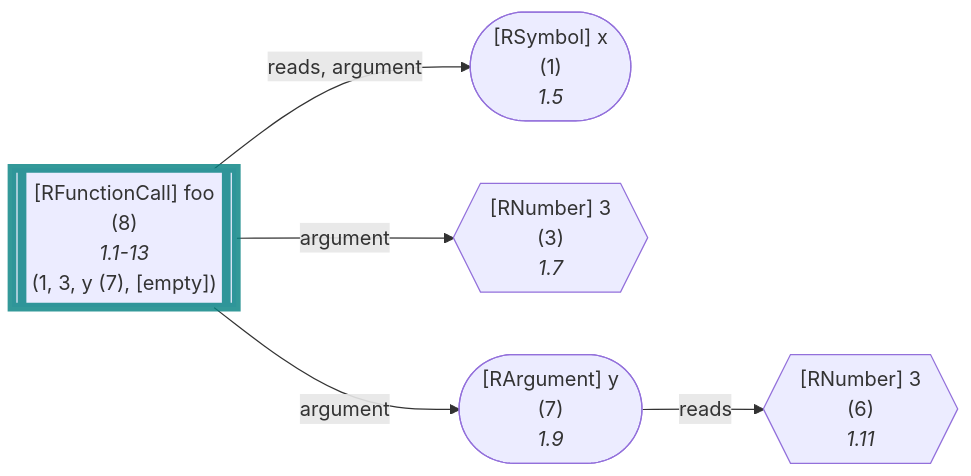
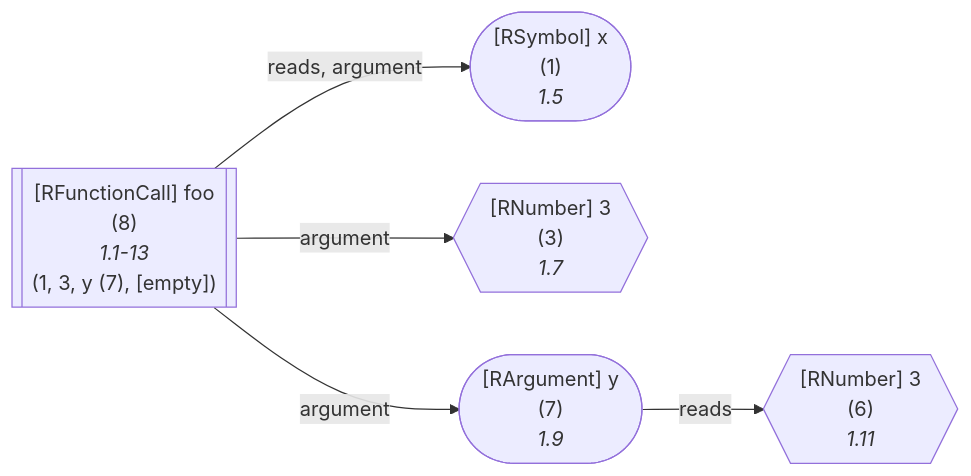
Before and after one commit to flowr-analysis/flowr: diagram 13 of 51 in wiki/Dataflow Graph.md, drawn with Mermaid. The commit also changed other lines of this file and 339 other files, not shown here.

````diff
--- a/wiki/Dataflow Graph.md
+++ b/wiki/Dataflow Graph.md
@@ -1524,24 +1637,23 @@
 ```mermaid
 flowchart LR
     1(["`#91;RSymbol#93; x
       (1)
       *1.5*`"])
     3{{"`#91;RNumber#93; 3
       (3)
       *1.7*`"}}
     6{{"`#91;RNumber#93; 3
       (6)
       *1.11*`"}}
     7(["`#91;RArgument#93; y
       (7)
       *1.9*`"])
     8[["`#91;RFunctionCall#93; foo
       (8)
       *1.1-13*
     (1, 3, y (7), [empty])`"]]
-    style 8 stroke:teal,stroke-width:7px,stroke-opacity:.8; 
     7 -->|"reads"| 6
     8 -->|"reads, argument"| 1
     8 -->|"argument"| 3
     8 -->|"argument"| 7
 ```
````
